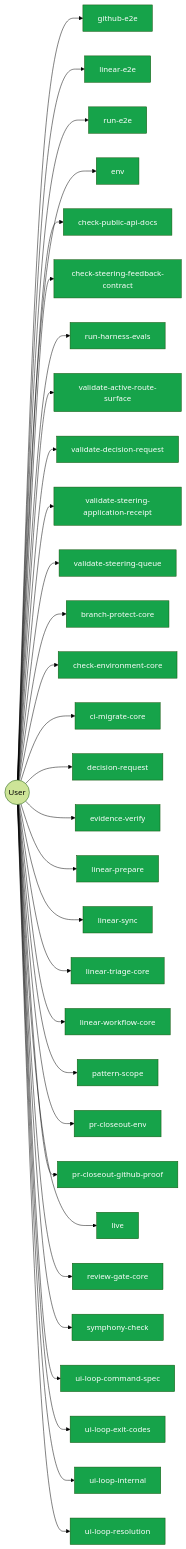
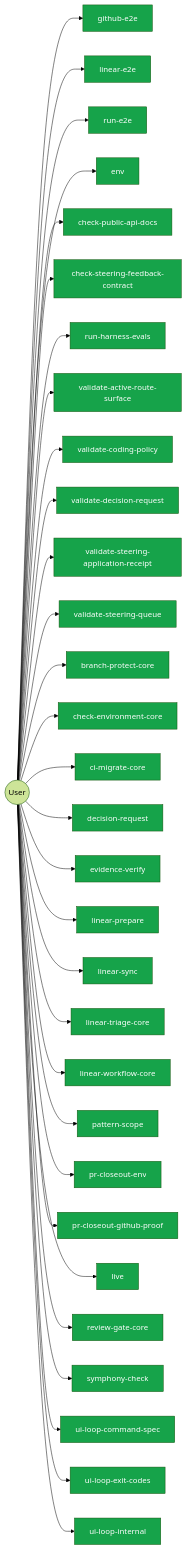
Diagram 14 of 14 in AI/context/diagram-context.md (jscraik/coding-harness), drawn with Mermaid (forest theme) before and after one commit. The commit also changed other lines of this file and 48 other files, not shown here.

First line of the commit message:
feat(codestyle): route coding policy for agents (#445)

````diff
--- a/AI/context/diagram-context.md
+++ b/AI/context/diagram-context.md
@@ -2054,67 +2051,67 @@
 ```mermaid
 flowchart LR
   User(("User"))
   github_e2e_2891a341["github-e2e"]
   User --> github_e2e_2891a341
   linear_e2e_decf3708["linear-e2e"]
   User --> linear_e2e_decf3708
   run_e2e_39efe696["run-e2e"]
   User --> run_e2e_39efe696
   env_b77349bf["env"]
   User --> env_b77349bf
   check_public_api_docs_a9604f1b["check-public-api-docs"]
   User --> check_public_api_docs_a9604f1b
   check_steering_feedback_contract_80134459["check-steering-feedback-contract"]
   User --> check_steering_feedback_contract_80134459
   run_harness_evals_77704768["run-harness-evals"]
   User --> run_harness_evals_77704768
   validate_active_route_surface_905456c2["validate-active-route-surface"]
   User --> validate_active_route_surface_905456c2
+  validate_coding_policy_29976175["validate-coding-policy"]
+  User --> validate_coding_policy_29976175
   validate_decision_request_2e5c325e["validate-decision-request"]
   User --> validate_decision_request_2e5c325e
   validate_steering_application_receipt_c922e84a["validate-steering-application-receipt"]
   User --> validate_steering_application_receipt_c922e84a
   validate_steering_queue_4bc0cc94["validate-steering-queue"]
   User --> validate_steering_queue_4bc0cc94
   branch_protect_core_a8feb0fd["branch-protect-core"]
   User --> branch_protect_core_a8feb0fd
   check_environment_core_2c16213f["check-environment-core"]
   User --> check_environment_core_2c16213f
   ci_migrate_core_7005b5af["ci-migrate-core"]
   User --> ci_migrate_core_7005b5af
   decision_request_118a770d["decision-request"]
   User --> decision_request_118a770d
   evidence_verify_3b73c290["evidence-verify"]
   User --> evidence_verify_3b73c290
   linear_prepare_0c613ba6["linear-prepare"]
   User --> linear_prepare_0c613ba6
   linear_sync_a2fa2bf7["linear-sync"]
   User --> linear_sync_a2fa2bf7
   linear_triage_core_7cbca73e["linear-triage-core"]
   User --> linear_triage_core_7cbca73e
   linear_workflow_core_0e19cff4["linear-workflow-core"]
   User --> linear_workflow_core_0e19cff4
   pattern_scope_61ff946d["pattern-scope"]
   User --> pattern_scope_61ff946d
   pr_closeout_env_9bfcd9ef["pr-closeout-env"]
   User --> pr_closeout_env_9bfcd9ef
   pr_closeout_github_proof_ade25b0e["pr-closeout-github-proof"]
   User --> pr_closeout_github_proof_ade25b0e
   live_247610f4["live"]
   User --> live_247610f4
   review_gate_core_4c8001f9["review-gate-core"]
   User --> review_gate_core_4c8001f9
   symphony_check_e97f2ea0["symphony-check"]
   User --> symphony_check_e97f2ea0
   ui_loop_command_spec_d513a999["ui-loop-command-spec"]
   User --> ui_loop_command_spec_d513a999
   ui_loop_exit_codes_29da40fb["ui-loop-exit-codes"]
   User --> ui_loop_exit_codes_29da40fb
   ui_loop_internal_f2eb8892["ui-loop-internal"]
   User --> ui_loop_internal_f2eb8892
-  ui_loop_resolution_4b529dd9["ui-loop-resolution"]
-  User --> ui_loop_resolution_4b529dd9
   classDef userNode fill:#16a34a,color:#fff
-  class github_e2e_2891a341,linear_e2e_decf3708,run_e2e_39efe696,env_b77349bf,check_public_api_docs_a9604f1b,check_steering_feedback_contract_80134459,run_harness_evals_77704768,validate_active_route_surface_905456c2,validate_decision_request_2e5c325e,validate_steering_application_receipt_c922e84a,validate_steering_queue_4bc0cc94,branch_protect_core_a8feb0fd,check_environment_core_2c16213f,ci_migrate_core_7005b5af,decision_request_118a770d,evidence_verify_3b73c290,linear_prepare_0c613ba6,linear_sync_a2fa2bf7,linear_triage_core_7cbca73e,linear_workflow_core_0e19cff4,pattern_scope_61ff946d,pr_closeout_env_9bfcd9ef,pr_closeout_github_proof_ade25b0e,live_247610f4,review_gate_core_4c8001f9,symphony_check_e97f2ea0,ui_loop_command_spec_d513a999,ui_loop_exit_codes_29da40fb,ui_loop_internal_f2eb8892,ui_loop_resolution_4b529dd9 userNode
+  class github_e2e_2891a341,linear_e2e_decf3708,run_e2e_39efe696,env_b77349bf,check_public_api_docs_a9604f1b,check_steering_feedback_contract_80134459,run_harness_evals_77704768,validate_active_route_surface_905456c2,validate_coding_policy_29976175,validate_decision_request_2e5c325e,validate_steering_application_receipt_c922e84a,validate_steering_queue_4bc0cc94,branch_protect_core_a8feb0fd,check_environment_core_2c16213f,ci_migrate_core_7005b5af,decision_request_118a770d,evidence_verify_3b73c290,linear_prepare_0c613ba6,linear_sync_a2fa2bf7,linear_triage_core_7cbca73e,linear_workflow_core_0e19cff4,pattern_scope_61ff946d,pr_closeout_env_9bfcd9ef,pr_closeout_github_proof_ade25b0e,live_247610f4,review_gate_core_4c8001f9,symphony_check_e97f2ea0,ui_loop_command_spec_d513a999,ui_loop_exit_codes_29da40fb,ui_loop_internal_f2eb8892 userNode
 
 ```
````
